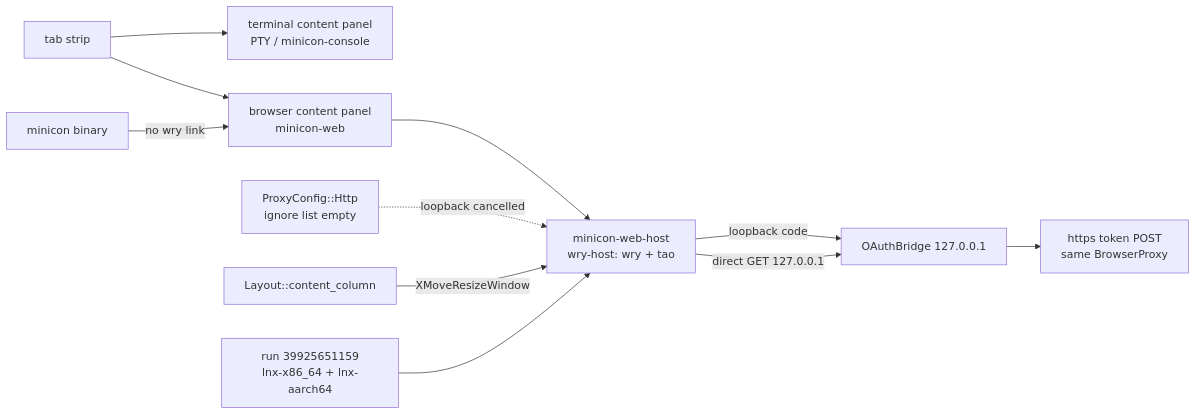
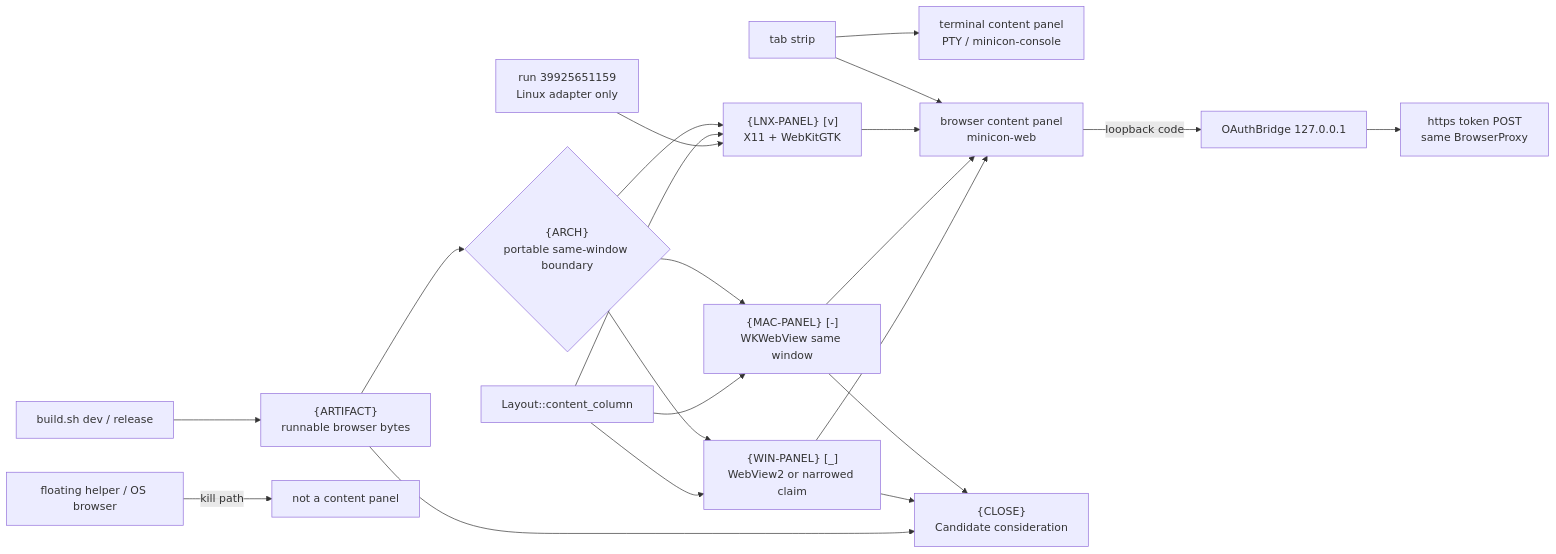
One commit to partnernetsoftware/minicon changed the second of 2 diagrams in plan/plan-v0.2.21.md. Above: the diagram before and after it, drawn with Mermaid. The commit also changed other lines of this file and 4 other files, not shown here.

````diff
--- a/plan/plan-v0.2.21.md
+++ b/plan/plan-v0.2.21.md
@@ -151,13 +171,23 @@
 ```mermaid
 flowchart LR
     TAB["tab strip"] --> TERM["terminal content panel<br/>PTY / minicon-console"]
     TAB --> WEB["browser content panel<br/>minicon-web"]
-    WEB --> HOST["minicon-web-host<br/>wry-host: wry + tao"]
-    CORE["minicon binary"] -->|"no wry link"| WEB
-    HOST -->|"loopback code"| BRIDGE["OAuthBridge 127.0.0.1"]
+    CANON["build.sh dev / release"] --> ART["{ARTIFACT}<br/>runnable browser bytes"]
+    ART --> ARCH{"{ARCH}<br/>portable same-window boundary"}
+    ARCH --> LNX["{LNX-PANEL} [v]<br/>X11 + WebKitGTK"]
+    ARCH --> MAC["{MAC-PANEL} [-]<br/>WKWebView same window"]
+    ARCH --> WIN["{WIN-PANEL} [_]<br/>WebView2 or narrowed claim"]
+    LNX --> WEB
+    MAC --> WEB
+    WIN --> WEB
+    WEB -->|"loopback code"| BRIDGE["OAuthBridge 127.0.0.1"]
     BRIDGE --> POST["https token POST<br/>same BrowserProxy"]
-    PROXY["ProxyConfig::Http<br/>ignore list empty"] -.->|"loopback cancelled"| HOST
-    HOST -->|"direct GET 127.0.0.1"| BRIDGE
-    LAYOUT["Layout::content_column"] -->|"XMoveResizeWindow"| HOST
-    COURT["run 39925651159<br/>lnx-x86_64 + lnx-aarch64"] --> HOST
+    LAYOUT["Layout::content_column"] --> LNX
+    LAYOUT --> MAC
+    LAYOUT --> WIN
+    COURT["run 39925651159<br/>Linux adapter only"] --> LNX
+    FLOAT["floating helper / OS browser"] -->|"kill path"| REJECT["not a content panel"]
+    MAC --> CLOSE["{CLOSE}<br/>Candidate consideration"]
+    WIN --> CLOSE
+    ART --> CLOSE
 ```
````
